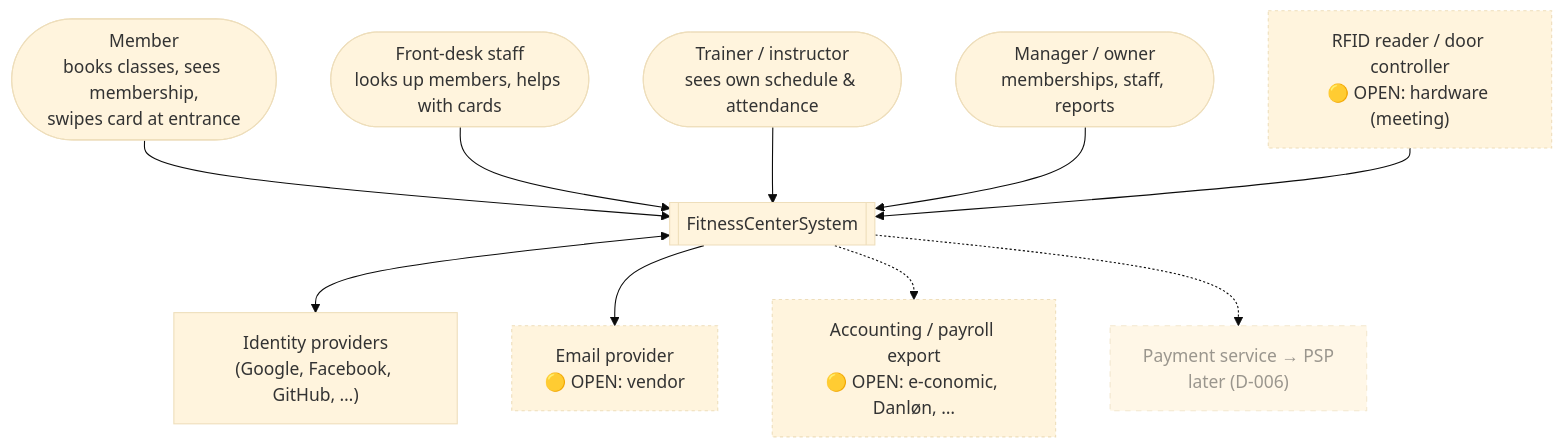
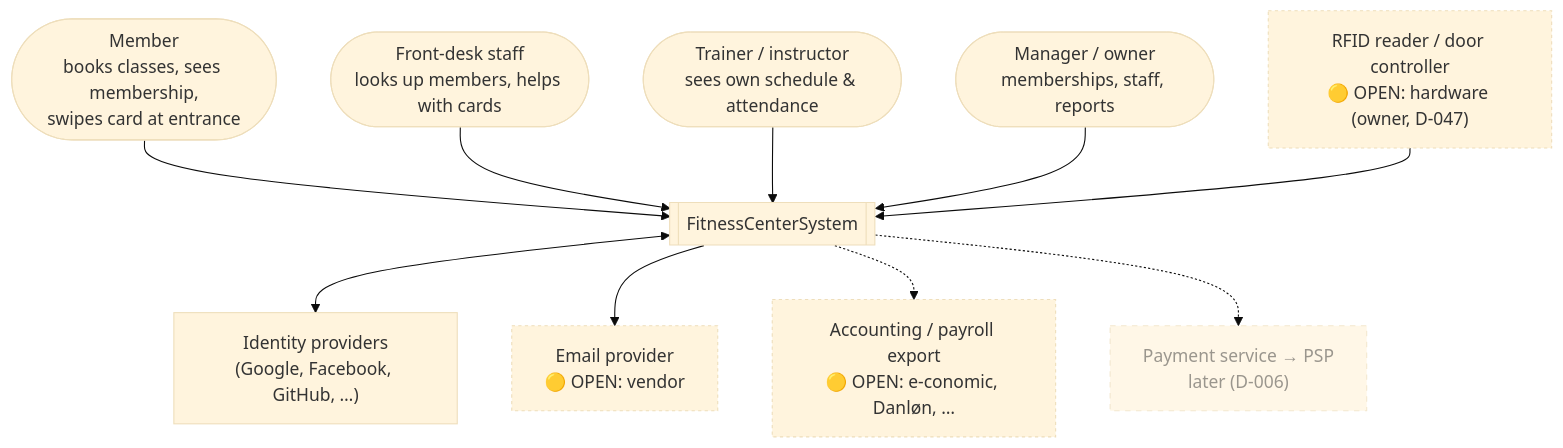
Before and after one commit to Gafion/FitnessCenterSystem: the second of 18 diagrams in docs/architecture.md, drawn with Mermaid (base theme). The commit also changed other lines of this file and 6 other files, not shown here.

````diff
--- a/docs/architecture.md
+++ b/docs/architecture.md
@@ -87,23 +87,23 @@
 ```mermaid
 flowchart TB
   M([Member<br/>books classes, sees membership,<br/>swipes card at entrance])
   FD([Front-desk staff<br/>looks up members, helps with cards])
   T([Trainer / instructor<br/>sees own schedule & attendance])
   MG([Manager / owner<br/>memberships, staff, reports])
 
   SYS[["FitnessCenterSystem"]]
 
   M --> SYS
   FD --> SYS
   T --> SYS
   MG --> SYS
 
   SYS <--> IDP["Identity providers<br/>(Google, Facebook, GitHub, …)"]
   SYS --> MAIL["Email provider<br/>🟡 OPEN: vendor"]:::open
-  RFID["RFID reader / door controller<br/>🟡 OPEN: hardware (meeting)"]:::open --> SYS
+  RFID["RFID reader / door controller<br/>🟡 OPEN: hardware (owner, D-047)"]:::open --> SYS
   SYS -.-> ACC["Accounting / payroll export<br/>🟡 OPEN: e-conomic, Danløn, …"]:::open
   SYS -.-> PAY["Payment service → PSP<br/>later (D-006)"]:::later
 
   classDef open stroke-dasharray: 3 3
   classDef later stroke-dasharray: 5 5,opacity:0.7
 ```
````
